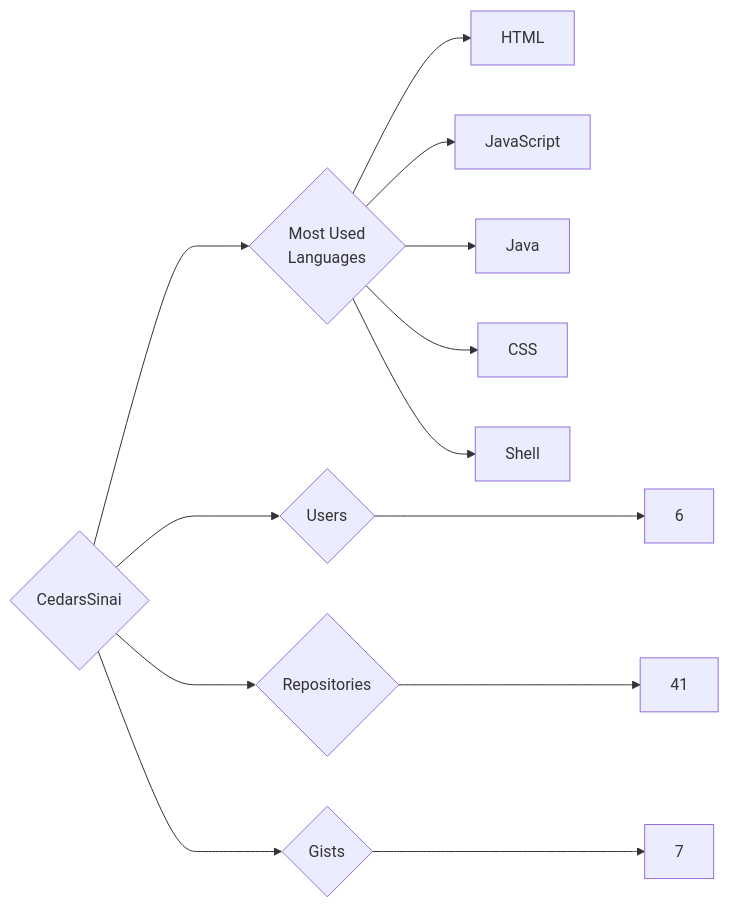
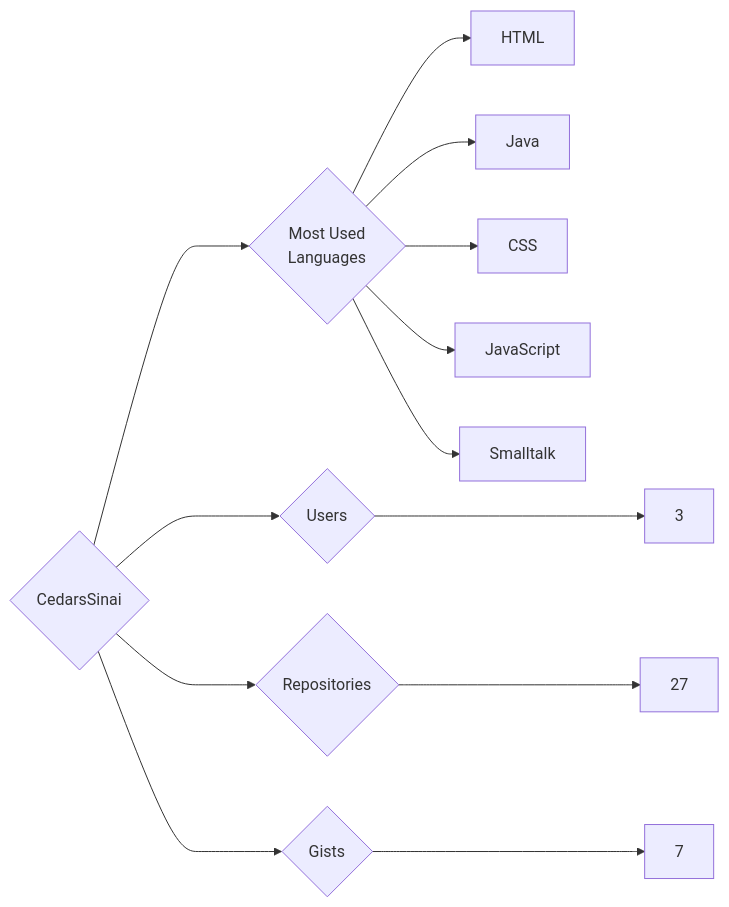
The diagram in targets/CedarsSinai/README.md (trickest/insiders), drawn with Mermaid before and after one commit. The commit also changed 724 other files, not shown here.

````diff
--- a/targets/CedarsSinai/README.md
+++ b/targets/CedarsSinai/README.md
@@ -3,13 +3,13 @@
 ```mermaid
 graph LR
 COMPANY_NAME{CedarsSinai}
-COMPANY_NAME ---> U{Users} ---> UN[6]
-COMPANY_NAME ---> R{Repositories} ---> RN[41]
+COMPANY_NAME ---> U{Users} ---> UN[3]
+COMPANY_NAME ---> R{Repositories} ---> RN[27]
 COMPANY_NAME ---> G{Gists} ---> GN[7]
 COMPANY_NAME ---> ML{Most Used<br>Languages}
 ML --> HTML[HTML]
-ML --> JavaScript[JavaScript]
 ML --> Java[Java]
 ML --> CSS[CSS]
-ML --> Shell[Shell]
+ML --> JavaScript[JavaScript]
+ML --> Smalltalk[Smalltalk]
 ```
````
